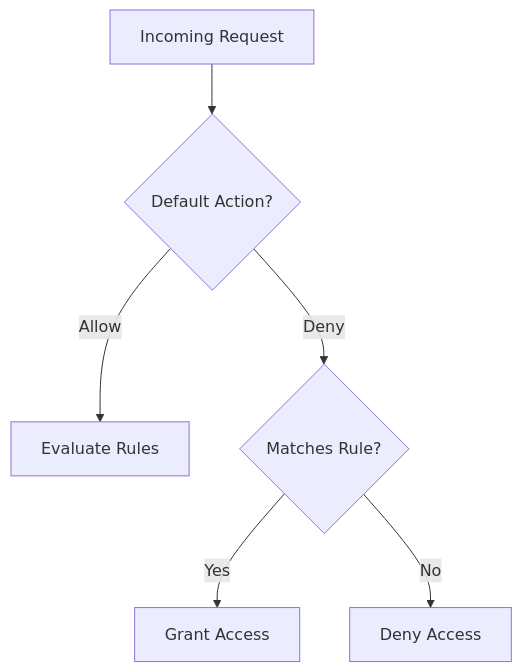
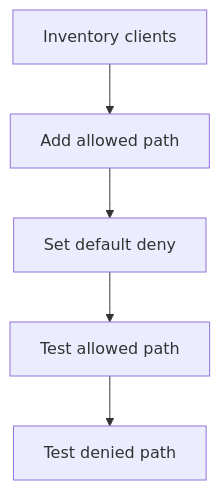
One commit to yeongseon/azure-storage-practical-guide changed the diagram in docs/operations/configure-network-rules.md. Above: the diagram before and after it, drawn with Mermaid. The commit also changed other lines of this file and 90 other files, not shown here.

````diff
--- a/docs/operations/configure-network-rules.md
+++ b/docs/operations/configure-network-rules.md
@@ -25,8 +26,12 @@
 ```mermaid
-graph TD
-    A[Incoming Request] --> B{Default Action?}
-    B -->|Allow| C[Evaluate Rules]
-    B -->|Deny| D{Matches Rule?}
-    D -->|Yes| E[Grant Access]
-    D -->|No| F[Deny Access]
+flowchart TD
+    A[Inventory clients]
+    B[Add allowed path]
+    A --> B
+    C[Set default deny]
+    B --> C
+    D[Test allowed path]
+    C --> D
+    E[Test denied path]
+    D --> E
 ```
````
